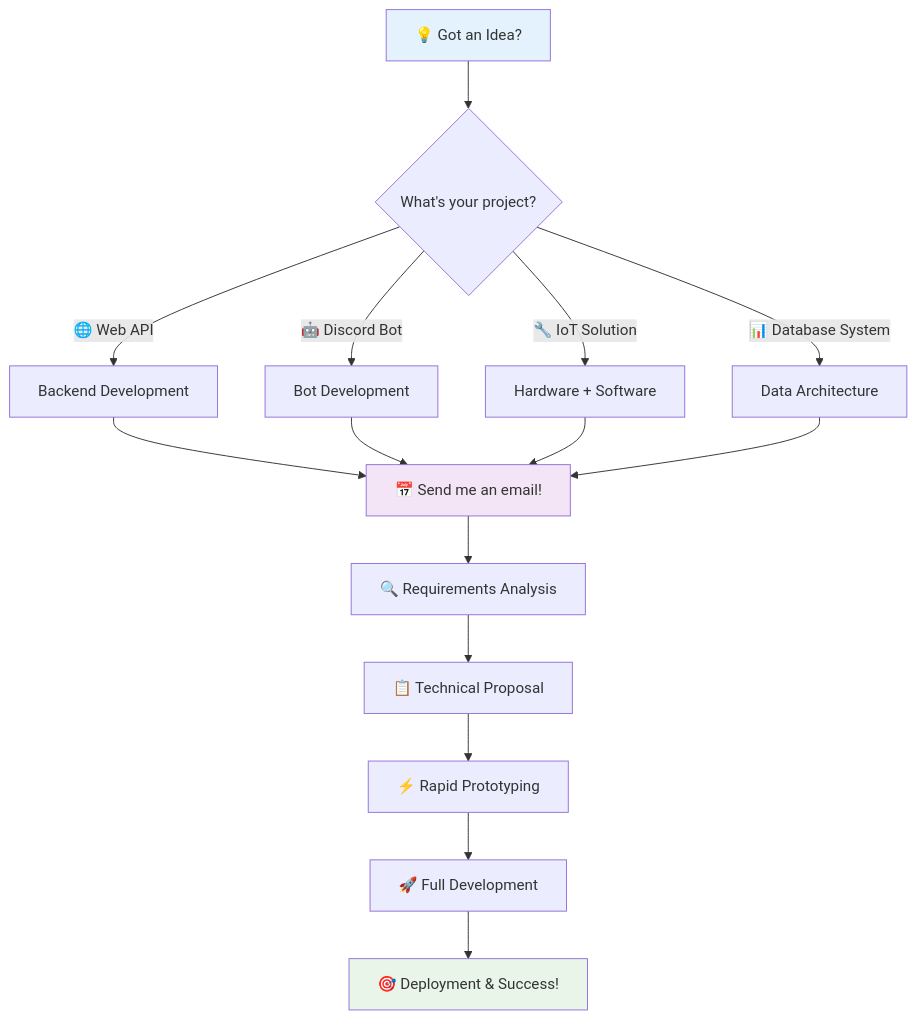
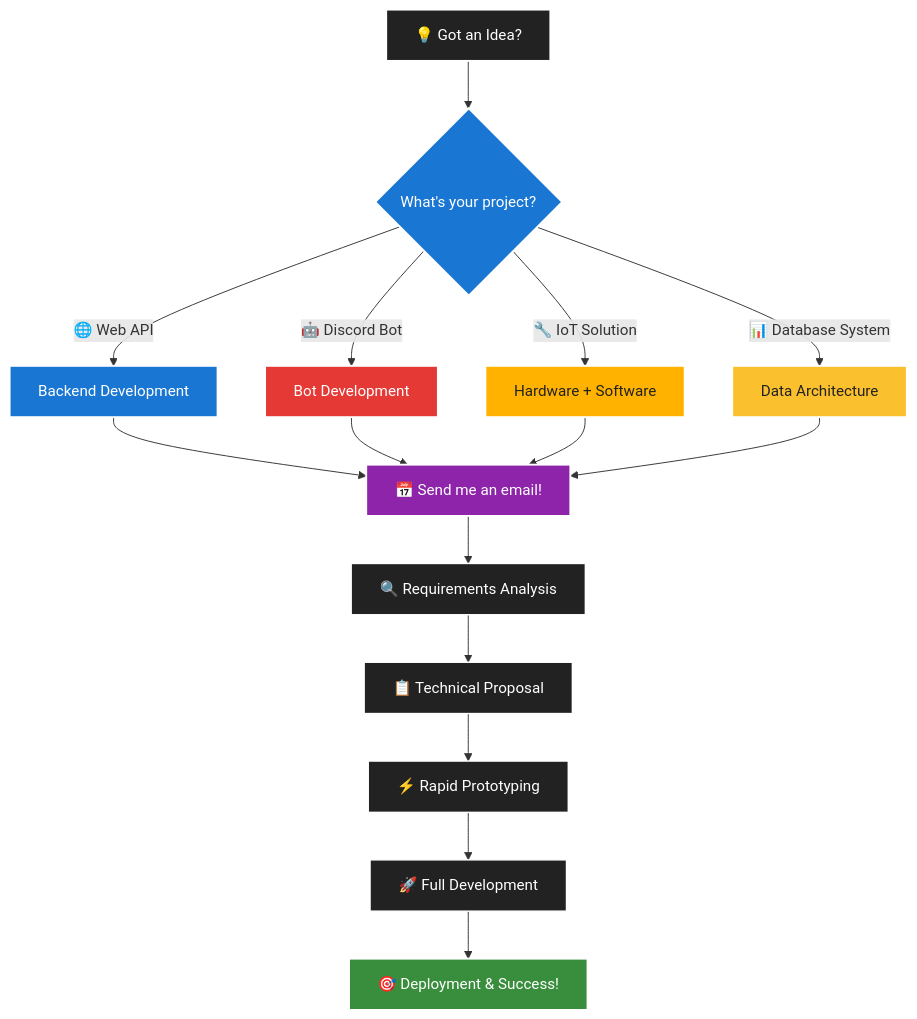
One commit to fpindej/fpindej changed the third of 6 diagrams in README.md. Above: the diagram before and after it, drawn with Mermaid. The commit also changed other lines of this file, not shown here.

````diff
--- a/README.md
+++ b/README.md
@@ -82,26 +107,35 @@
 ```mermaid
 flowchart TD
     A[💡 Got an Idea?] --> B{What's your project?}
     
     B -->|🌐 Web API| C[Backend Development]
     B -->|🤖 Discord Bot| D[Bot Development]
     B -->|🔧 IoT Solution| E[Hardware + Software]
     B -->|📊 Database System| F[Data Architecture]
     
     C --> G[📅 Send me an email!]
     D --> G
     E --> G
     F --> G
     
     G --> H[🔍 Requirements Analysis]
     H --> I[📋 Technical Proposal]
     I --> J[⚡ Rapid Prototyping]
     J --> K[🚀 Full Development]
     K --> L[🎯 Deployment & Success!]
     
-    style A fill:#e3f2fd
-    style G fill:#f3e5f5
-    style L fill:#e8f5e8
+    style A fill:#222,stroke:#fff,stroke-width:2px,color:#fff
+    style G fill:#8e24aa,stroke:#fff,stroke-width:2px,color:#fff
+    style L fill:#388e3c,stroke:#fff,stroke-width:2px,color:#fff
+    style B fill:#1976d2,stroke:#fff,stroke-width:2px,color:#fff
+    style C fill:#1976d2,stroke:#fff,stroke-width:2px,color:#fff
+    style D fill:#e53935,stroke:#fff,stroke-width:2px,color:#fff
+    style E fill:#ffb300,stroke:#fff,stroke-width:2px,color:#222
+    style F fill:#fbc02d,stroke:#fff,stroke-width:2px,color:#222
+    style H fill:#222,stroke:#fff,stroke-width:1.5px,color:#fff
+    style I fill:#222,stroke:#fff,stroke-width:1.5px,color:#fff
+    style J fill:#222,stroke:#fff,stroke-width:1.5px,color:#fff
+    style K fill:#222,stroke:#fff,stroke-width:1.5px,color:#fff
     
     click G "mailto:contact@mail.pindej.cz" "Send me an email!"
 ```
````
